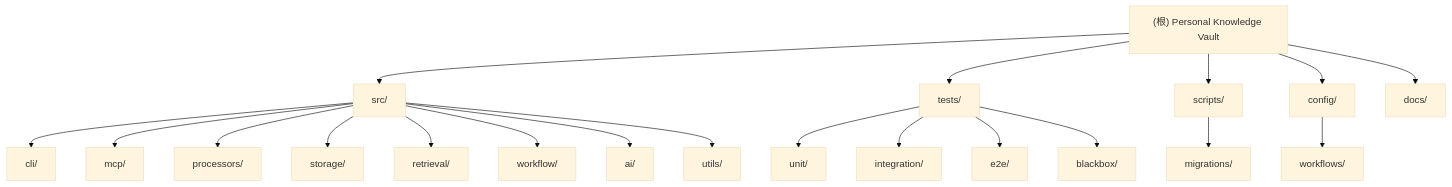
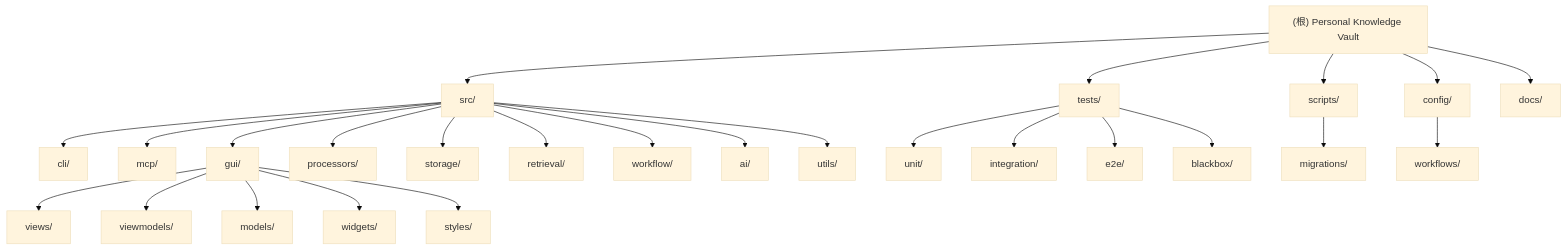
Before and after one commit to OceanEyeFF/personal-knowledge-vault: the diagram in CLAUDE.md, drawn with Mermaid (base theme). The commit also changed other lines of this file and 8 other files, not shown here.

````diff
--- a/CLAUDE.md
+++ b/CLAUDE.md
@@ -117,40 +137,48 @@
 ```mermaid
 graph TD
     ROOT["(根) Personal Knowledge Vault"]
 
     ROOT --> SRC["src/"]
     SRC --> CLI["cli/"]
     SRC --> MCP["mcp/"]
+    SRC --> GUI["gui/"]
     SRC --> PROCESSORS["processors/"]
     SRC --> STORAGE["storage/"]
     SRC --> RETRIEVAL["retrieval/"]
     SRC --> WORKFLOW["workflow/"]
     SRC --> AI["ai/"]
     SRC --> UTILS["utils/"]
+
+    GUI --> GUI_VIEWS["views/"]
+    GUI --> GUI_VM["viewmodels/"]
+    GUI --> GUI_MODELS["models/"]
+    GUI --> GUI_WIDGETS["widgets/"]
+    GUI --> GUI_STYLES["styles/"]
 
     ROOT --> TESTS["tests/"]
     TESTS --> UNIT["unit/"]
     TESTS --> INTEGRATION["integration/"]
     TESTS --> E2E["e2e/"]
     TESTS --> BLACKBOX["blackbox/"]
 
     ROOT --> SCRIPTS["scripts/"]
     SCRIPTS --> MIGRATIONS["migrations/"]
 
     ROOT --> CONFIG["config/"]
     CONFIG --> WORKFLOWS["workflows/"]
 
     ROOT --> DOCS["docs/"]
 
     click CLI "./src/cli/CLAUDE.md" "查看 CLI 模块文档"
     click MCP "./src/mcp/CLAUDE.md" "查看 MCP 服务模块文档"
+    click GUI "./src/gui/CLAUDE.md" "查看 GUI 桌面应用模块文档"
     click PROCESSORS "./src/processors/CLAUDE.md" "查看 Processors 模块文档"
     click STORAGE "./src/storage/CLAUDE.md" "查看 Storage 模块文档"
     click RETRIEVAL "./src/retrieval/CLAUDE.md" "查看 Retrieval 模块文档"
     click WORKFLOW "./src/workflow/CLAUDE.md" "查看 Workflow 模块文档"
     click AI "./src/ai/CLAUDE.md" "查看 AI Services 模块文档"
     click UTILS "./src/utils/CLAUDE.md" "查看 Utils 模块文档"
     click TESTS "./tests/CLAUDE.md" "查看 Tests 模块文档"
     click SCRIPTS "./scripts/CLAUDE.md" "查看 Scripts 模块文档"
     click CONFIG "./config/CLAUDE.md" "查看 Config 模块文档"
 ```
````
